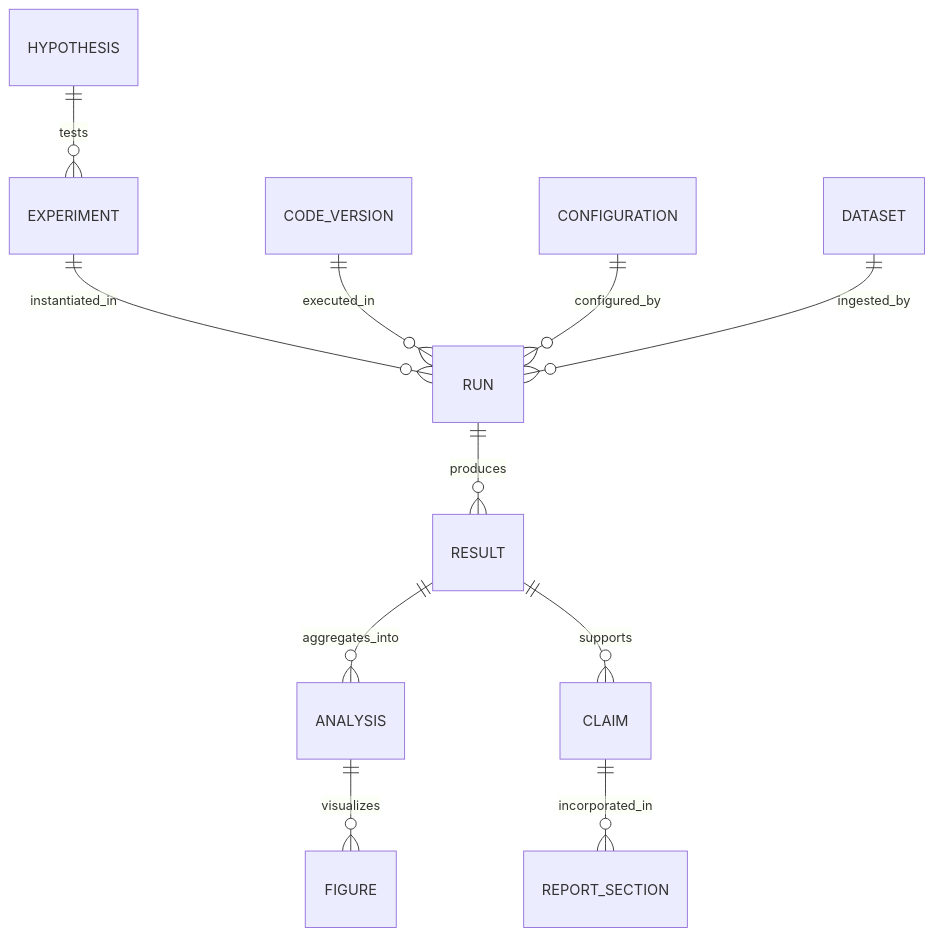
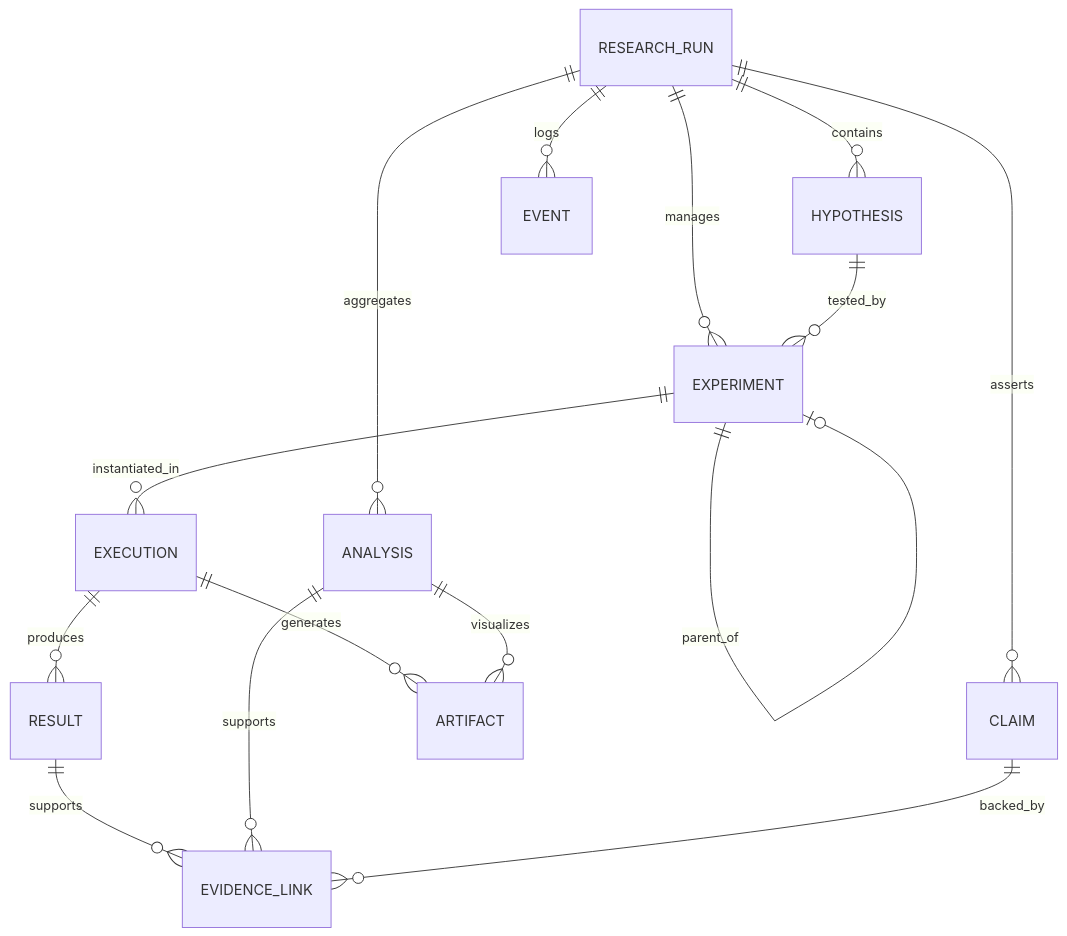
The third of 3 diagrams in ARCHITECTURE.md (aaditya-1100/REX-Research-Experiment-Engineer), drawn with Mermaid before and after one commit. The commit also changed other lines of this file and 9 other files, not shown here.

````diff
--- a/ARCHITECTURE.md
+++ b/ARCHITECTURE.md
@@ -238,13 +165,17 @@
 ```mermaid
 erDiagram
-    HYPOTHESIS ||--o{ EXPERIMENT : tests
-    EXPERIMENT ||--o{ RUN : instantiated_in
-    CODE_VERSION ||--o{ RUN : executed_in
-    CONFIGURATION ||--o{ RUN : configured_by
-    DATASET ||--o{ RUN : ingested_by
-    RUN ||--o{ RESULT : produces
-    RESULT ||--o{ ANALYSIS : aggregates_into
-    ANALYSIS ||--o{ FIGURE : visualizes
-    RESULT ||--o{ CLAIM : supports
-    CLAIM ||--o{ REPORT_SECTION : incorporated_in
+    RESEARCH_RUN ||--o{ HYPOTHESIS : contains
+    RESEARCH_RUN ||--o{ EXPERIMENT : manages
+    RESEARCH_RUN ||--o{ ANALYSIS : aggregates
+    RESEARCH_RUN ||--o{ CLAIM : asserts
+    RESEARCH_RUN ||--o{ EVENT : logs
+    HYPOTHESIS ||--o{ EXPERIMENT : tested_by
+    EXPERIMENT ||--o{ EXECUTION : instantiated_in
+    EXPERIMENT ||--o| EXPERIMENT : parent_of
+    EXECUTION ||--o{ RESULT : produces
+    EXECUTION ||--o{ ARTIFACT : generates
+    ANALYSIS ||--o{ ARTIFACT : visualizes
+    RESULT ||--o{ EVIDENCE_LINK : supports
+    ANALYSIS ||--o{ EVIDENCE_LINK : supports
+    CLAIM ||--o{ EVIDENCE_LINK : backed_by
 ```
````
